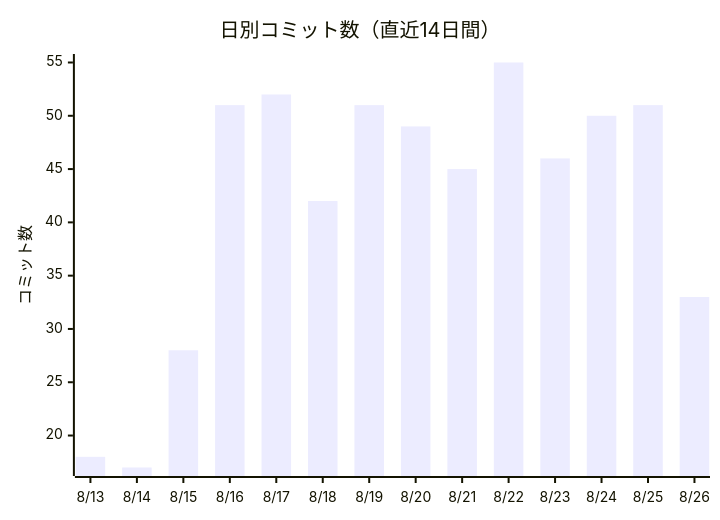
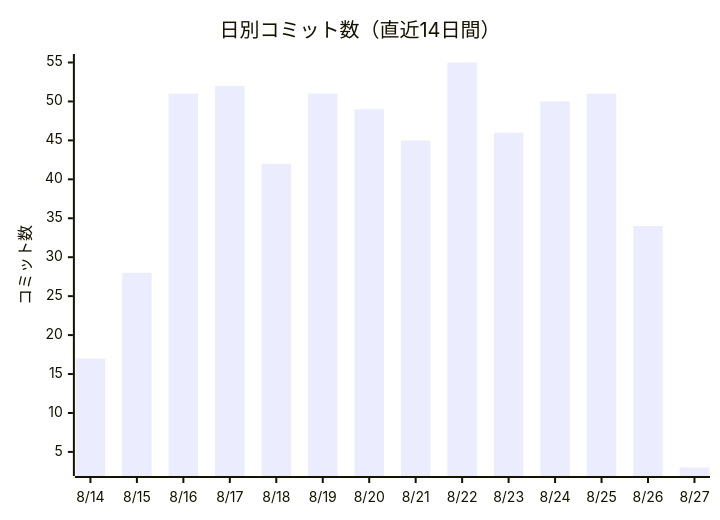
One commit to non-x2/non-x2 changed the first of 2 diagrams in docs/進化レポート.md. Above: the diagram before and after it, drawn with Mermaid. The commit also changed other lines of this file and 2 other files, not shown here.

````diff
--- a/docs/進化レポート.md
+++ b/docs/進化レポート.md
@@ -23,7 +23,7 @@
 ```mermaid
 xychart-beta
     title "日別コミット数（直近14日間）"
-    x-axis ["8/13", "8/14", "8/15", "8/16", "8/17", "8/18", "8/19", "8/20", "8/21", "8/22", "8/23", "8/24", "8/25", "8/26"]
+    x-axis ["8/14", "8/15", "8/16", "8/17", "8/18", "8/19", "8/20", "8/21", "8/22", "8/23", "8/24", "8/25", "8/26", "8/27"]
     y-axis "コミット数"
-    bar [18, 17, 28, 51, 52, 42, 51, 49, 45, 55, 46, 50, 51, 33]
+    bar [17, 28, 51, 52, 42, 51, 49, 45, 55, 46, 50, 51, 34, 3]
 ```
````
